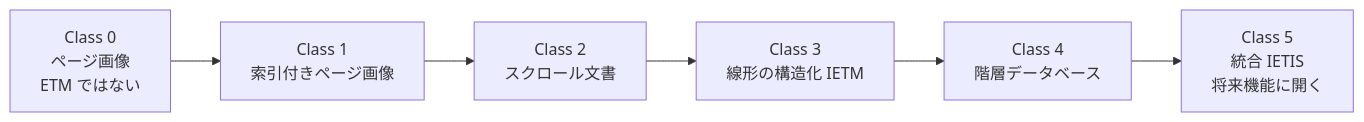
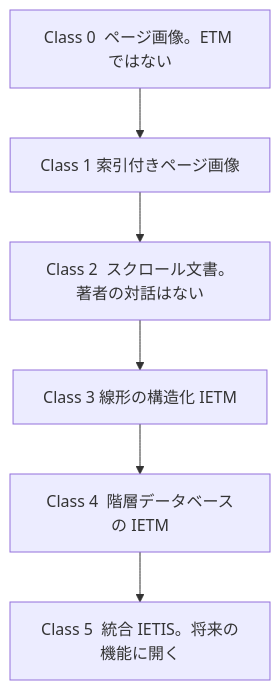
Before and after one commit to shuji-bonji/zenn-articles: the diagram in books/ietm-overview/classes.md, drawn with Mermaid. The commit also changed other lines of this file and 6 other files, not shown here.

````diff
--- a/books/ietm-overview/classes.md
+++ b/books/ietm-overview/classes.md
@@ -19,8 +19,8 @@
 ```mermaid
-flowchart LR
-  C0["Class 0<br/>ページ画像<br/>ETM ではない"] --> C1["Class 1<br/>索引付きページ画像"]
-  C1 --> C2["Class 2<br/>スクロール文書"]
-  C2 --> C3["Class 3<br/>線形の構造化 IETM"]
-  C3 --> C4["Class 4<br/>階層データベース"]
-  C4 --> C5["Class 5<br/>統合 IETIS<br/>将来機能に開く"]
+flowchart TB
+  C0["Class 0  ページ画像。ETM ではない"] --> C1["Class 1  索引付きページ画像"]
+  C1 --> C2["Class 2  スクロール文書。著者の対話はない"]
+  C2 --> C3["Class 3  線形の構造化 IETM"]
+  C3 --> C4["Class 4  階層データベースの IETM"]
+  C4 --> C5["Class 5  統合 IETIS。将来の機能に開く"]
 ```
````
